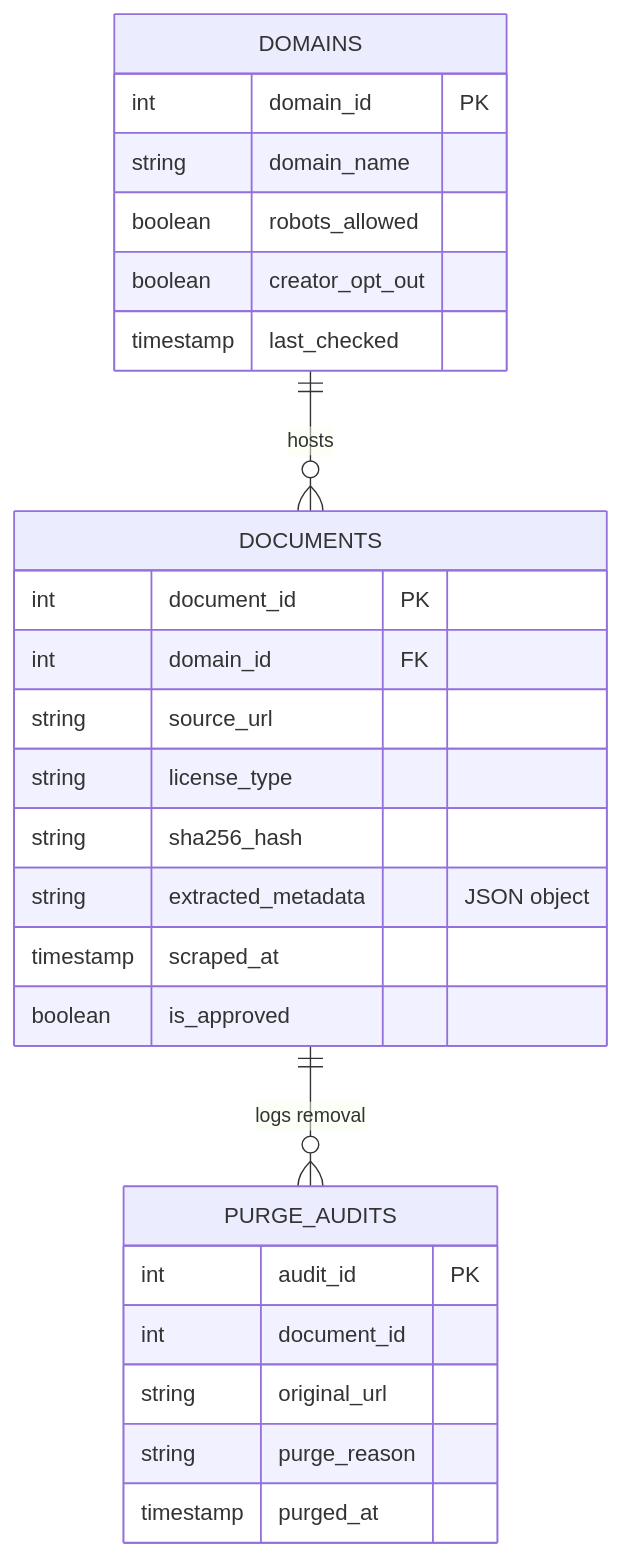
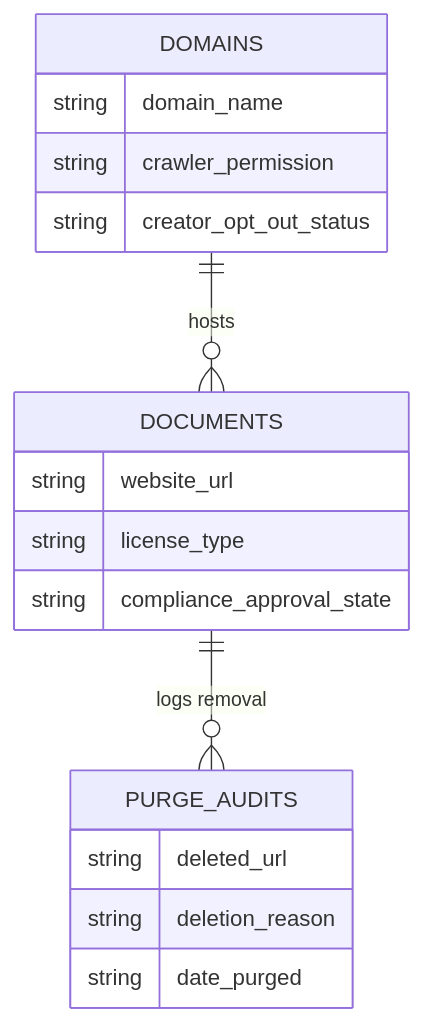
Before and after one commit to brendanpshea/database_sql: the diagram in case_studies/case_study_12_ai_training.qmd, drawn with Mermaid. The commit also changed other lines of this file and 1 other file, not shown here.

Commit message:
Optimize Case Study 12: Flesch grade 8.77, argument cards, visual ERD, zero SQL, simple questions

````diff
--- a/case_studies/case_study_12_ai_training.qmd
+++ b/case_studies/case_study_12_ai_training.qmd
@@ -72,32 +147,23 @@
-```mermaid
+```{mermaid}
 erDiagram
     DOMAINS ||--o{ DOCUMENTS : "hosts"
     DOCUMENTS ||--o{ PURGE_AUDITS : "logs removal"
     
     DOMAINS {
-        int domain_id PK
         string domain_name
-        boolean robots_allowed
-        boolean creator_opt_out
-        timestamp last_checked
+        string crawler_permission
+        string creator_opt_out_status
     }
     
     DOCUMENTS {
-        int document_id PK
-        int domain_id FK
-        string source_url
+        string website_url
         string license_type
-        string sha256_hash
-        string extracted_metadata "JSON object"
-        timestamp scraped_at
-        boolean is_approved
+        string compliance_approval_state
     }
     
     PURGE_AUDITS {
-        int audit_id PK
-        int document_id
-        string original_url
-        string purge_reason
-        timestamp purged_at
+        string deleted_url
+        string deletion_reason
+        string date_purged
     }
 ```
````
